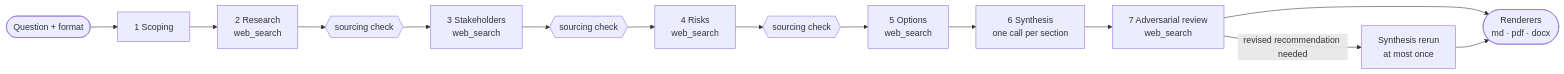
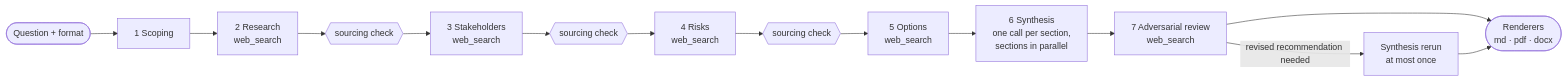
Before and after one commit to matteogallo-ai/praxis: the diagram in README.md, drawn with Mermaid. The commit also changed 4 other files, not shown here.

First line of the commit message:
perf(agents): write synthesis sections concurrently

````diff
--- a/README.md
+++ b/README.md
@@ -29,16 +29,16 @@
 ```mermaid
 flowchart LR
     Q([Question + format]) --> S1[1 Scoping]
     S1 --> S2[2 Research<br/>web_search]
     S2 --> V2{{sourcing check}}
     V2 --> S3[3 Stakeholders<br/>web_search]
     S3 --> V3{{sourcing check}}
     V3 --> S4[4 Risks<br/>web_search]
     S4 --> V4{{sourcing check}}
     V4 --> S5[5 Options<br/>web_search]
-    S5 --> S6[6 Synthesis<br/>one call per section]
+    S5 --> S6[6 Synthesis<br/>one call per section,<br/>sections in parallel]
     S6 --> S7[7 Adversarial review<br/>web_search]
     S7 -- revised recommendation needed --> S6b[Synthesis rerun<br/>at most once]
     S7 --> R([Renderers<br/>md · pdf · docx])
     S6b --> R
 ```
````
